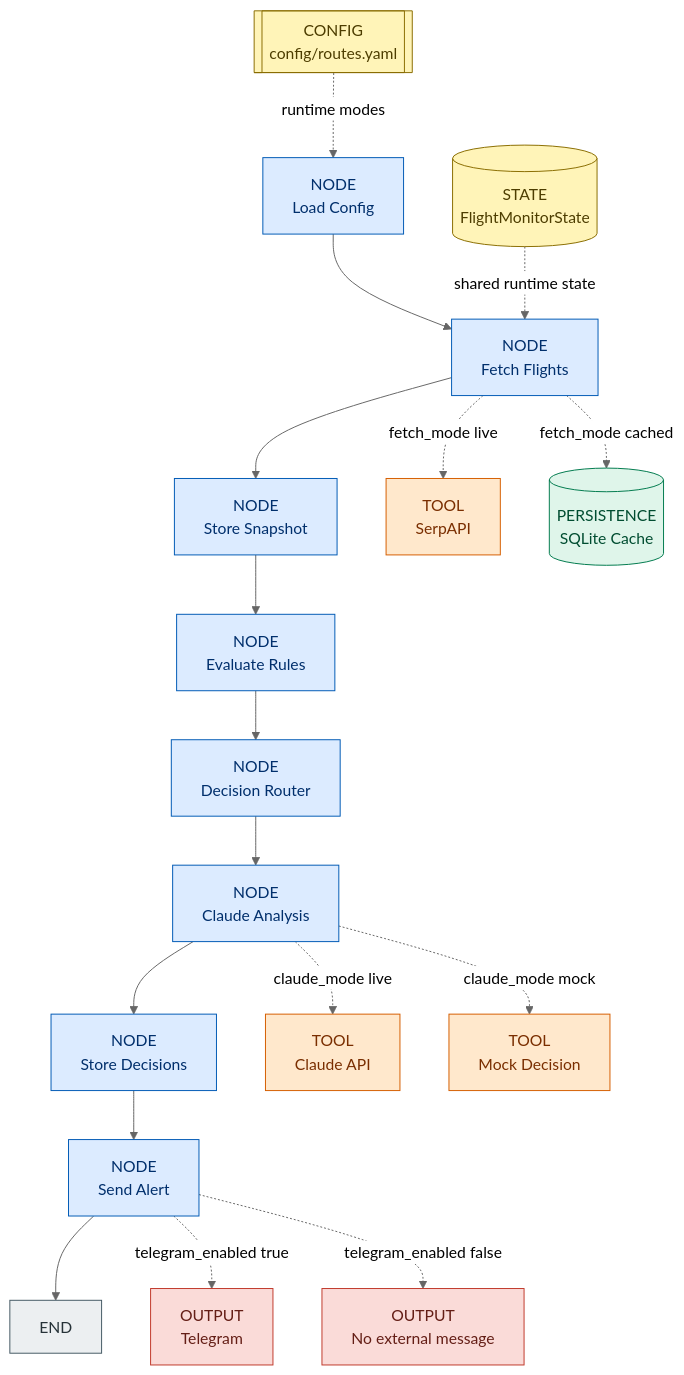
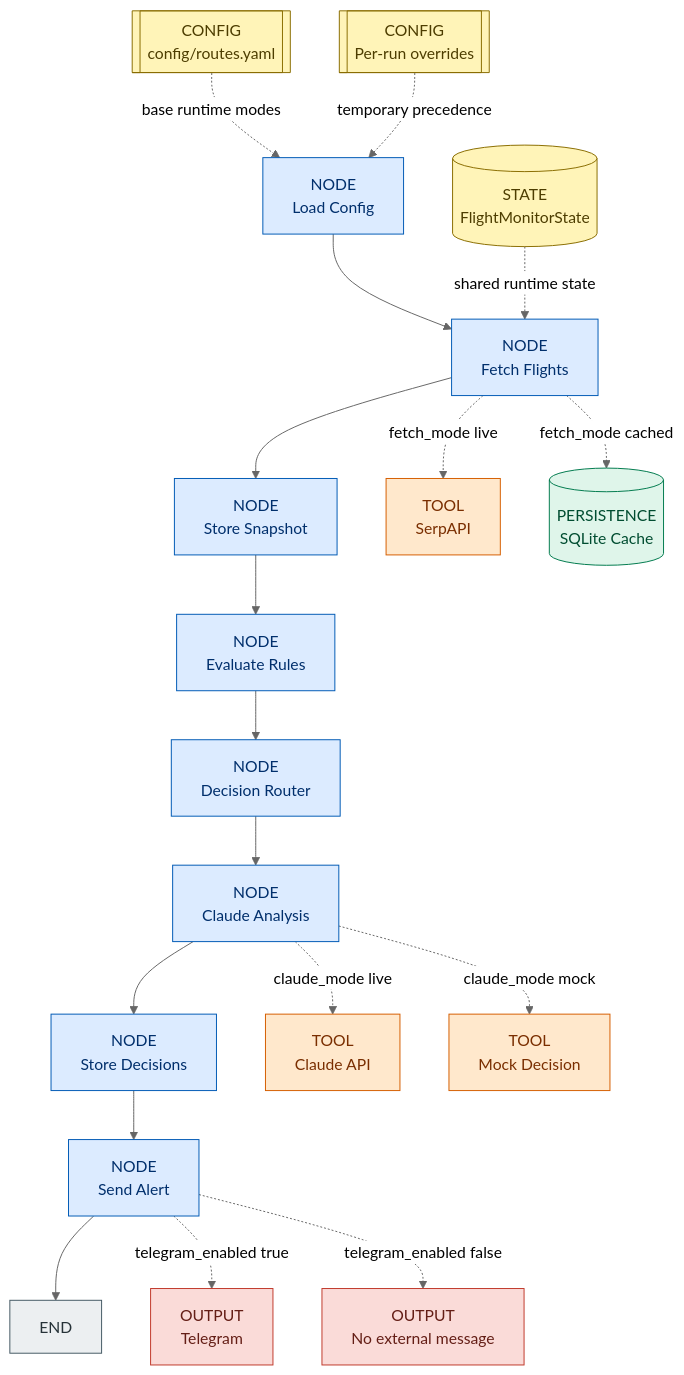
Before and after one commit to atelloa/flight-agent: the diagram in architecture.md, drawn with Mermaid (neutral theme). The commit also changed other lines of this file, not shown here.

Commit message:
Update architecture for API runner and per-run overrides

````diff
--- a/architecture.md
+++ b/architecture.md
@@ -53,34 +53,35 @@
 ```mermaid
 flowchart TD
     A["NODE<br/>Load Config"] --> B["NODE<br/>Fetch Flights"]
     B --> C["NODE<br/>Store Snapshot"]
     C --> D["NODE<br/>Evaluate Rules"]
     D --> E["NODE<br/>Decision Router"]
     E --> F["NODE<br/>Claude Analysis"]
     F --> G["NODE<br/>Store Decisions"]
     G --> H["NODE<br/>Send Alert"]
     H --> I["END"]
 
-    CFG[["CONFIG<br/>config/routes.yaml"]] -. runtime modes .-> A
+    CFG[["CONFIG<br/>config/routes.yaml"]] -. base runtime modes .-> A
+    OVR[["CONFIG<br/>Per-run overrides"]] -. temporary precedence .-> A
     ST[("STATE<br/>FlightMonitorState")] -. shared runtime state .-> B
     B -. fetch_mode live .-> S["TOOL<br/>SerpAPI"]
     B -. fetch_mode cached .-> DB[("PERSISTENCE<br/>SQLite Cache")]
     F -. claude_mode live .-> L["TOOL<br/>Claude API"]
     F -. claude_mode mock .-> M["TOOL<br/>Mock Decision"]
     H -. telegram_enabled true .-> T["OUTPUT<br/>Telegram"]
     H -. telegram_enabled false .-> N["OUTPUT<br/>No external message"]
 
     classDef node fill:#DCEBFF,stroke:#005AB5,color:#002F6C;
     classDef tool fill:#FFE8CC,stroke:#D55E00,color:#7A2E00;
     classDef persistence fill:#DFF5EA,stroke:#007A4D,color:#004D31;
     classDef runtime fill:#FFF4B8,stroke:#8A6D00,color:#4D3D00;
     classDef output fill:#FADBD8,stroke:#C0392B,color:#641E16;
     classDef terminal fill:#ECEFF1,stroke:#455A64,color:#263238;
 
     class A,B,C,D,E,F,G,H node;
     class S,L,M tool;
     class DB persistence;
-    class CFG,ST runtime;
+    class CFG,OVR,ST runtime;
     class T,N output;
     class I terminal;
 ```
````
